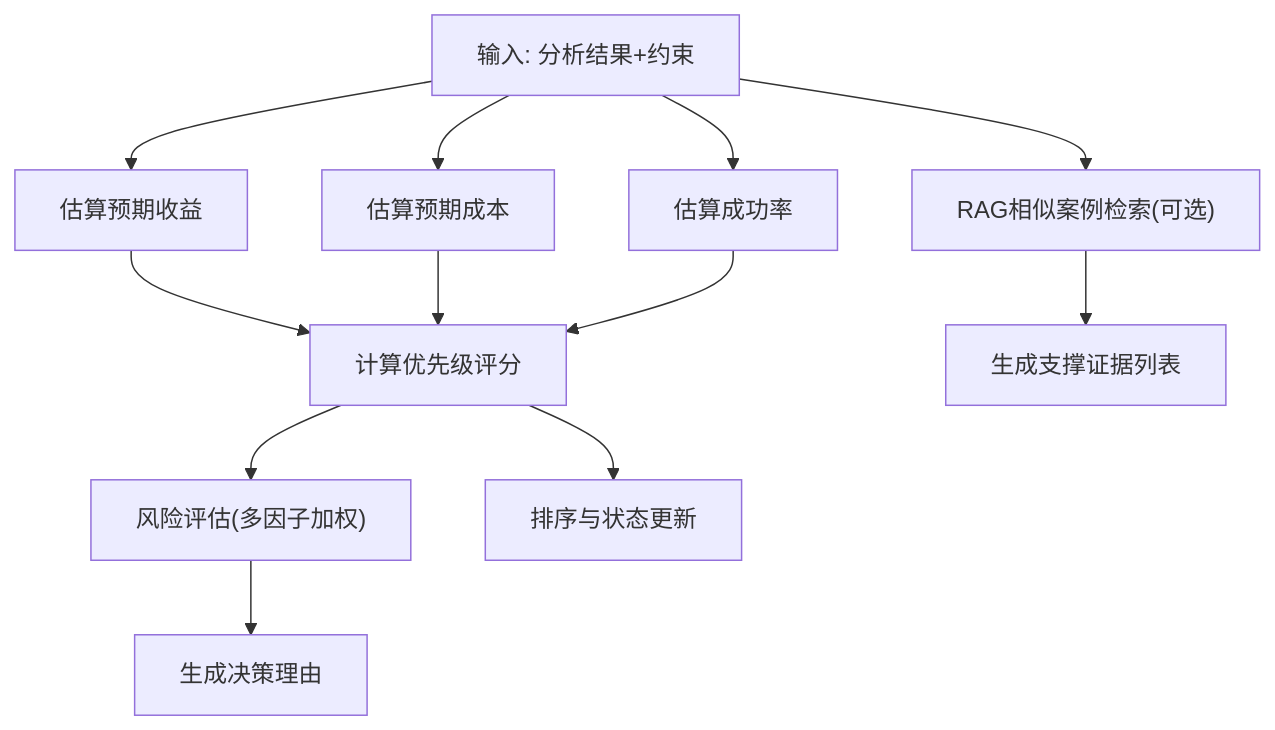
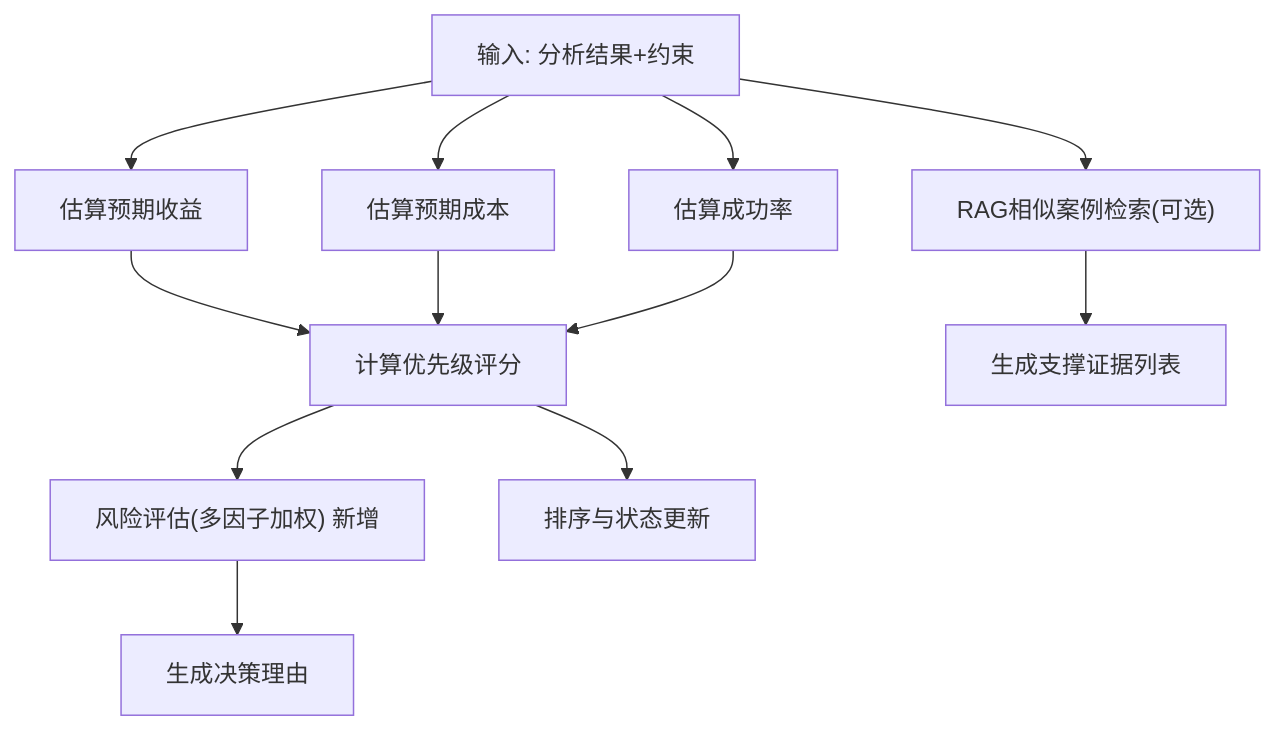
The fifth of 6 diagrams in .qoder/repowiki/zh/content/后端服务/业务领域服务/决策支持系统/决策推荐引擎.md (inier/ontology-graphiti), drawn with Mermaid before and after one commit. The commit also changed other lines of this file and 8 other files, not shown here.

````diff
--- a/.qoder/repowiki/zh/content/后端服务/业务领域服务/决策支持系统/决策推荐引擎.md
+++ b/.qoder/repowiki/zh/content/后端服务/业务领域服务/决策支持系统/决策推荐引擎.md
@@ -262,14 +270,14 @@
 ```mermaid
 flowchart TD
 A["输入: 分析结果+约束"] --> B["估算预期收益"]
 A --> C["估算预期成本"]
 A --> D["估算成功率"]
 B --> E["计算优先级评分"]
 C --> E
 D --> E
-E --> F["风险评估(多因子加权)"]
+E --> F["风险评估(多因子加权) 新增"]
 A --> G["RAG相似案例检索(可选)"]
 G --> H["生成支撑证据列表"]
 F --> I["生成决策理由"]
 E --> J["排序与状态更新"]
 ```
````
